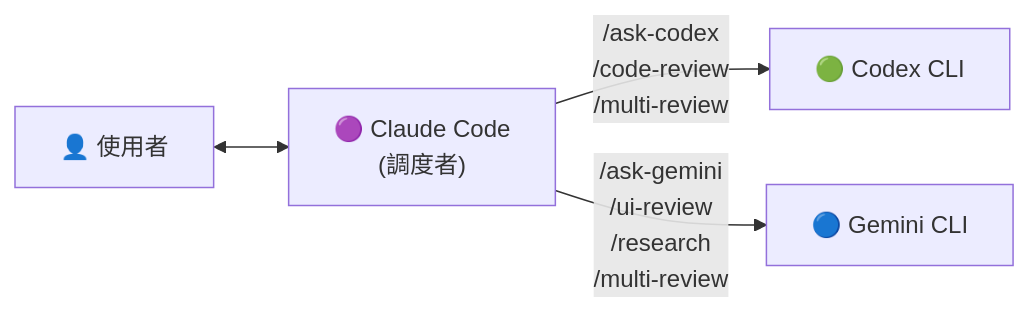
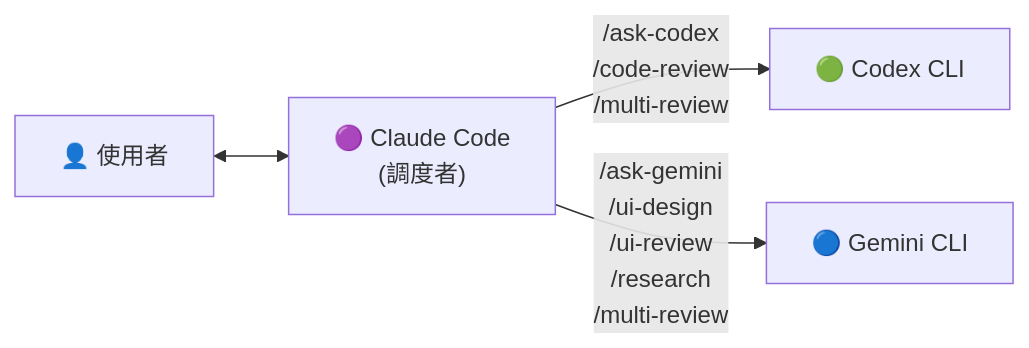
One commit to tznthou/claude-prism changed the diagram in README.zh-TW.md. Above: the diagram before and after it, drawn with Mermaid. The commit also changed other lines of this file and 5 other files, not shown here.

First line of the commit message:
feat: add /ui-design command — generate UI/UX specs via Gemini

````diff
--- a/README.zh-TW.md
+++ b/README.zh-TW.md
@@ -99,6 +110,6 @@
 ```mermaid
 flowchart LR
     User["👤 使用者"] <--> Claude["🟣 Claude Code\n(調度者)"]
     Claude -->|"/ask-codex\n/code-review\n/multi-review"| Codex["🟢 Codex CLI"]
-    Claude -->|"/ask-gemini\n/ui-review\n/research\n/multi-review"| Gemini["🔵 Gemini CLI"]
+    Claude -->|"/ask-gemini\n/ui-design\n/ui-review\n/research\n/multi-review"| Gemini["🔵 Gemini CLI"]
 ```
````
